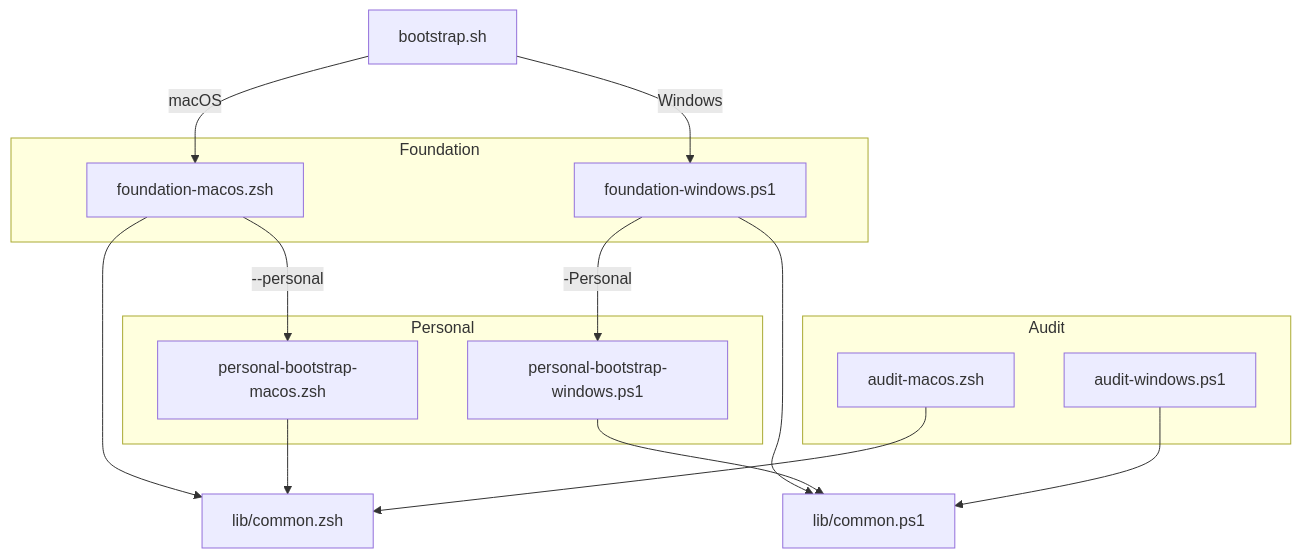
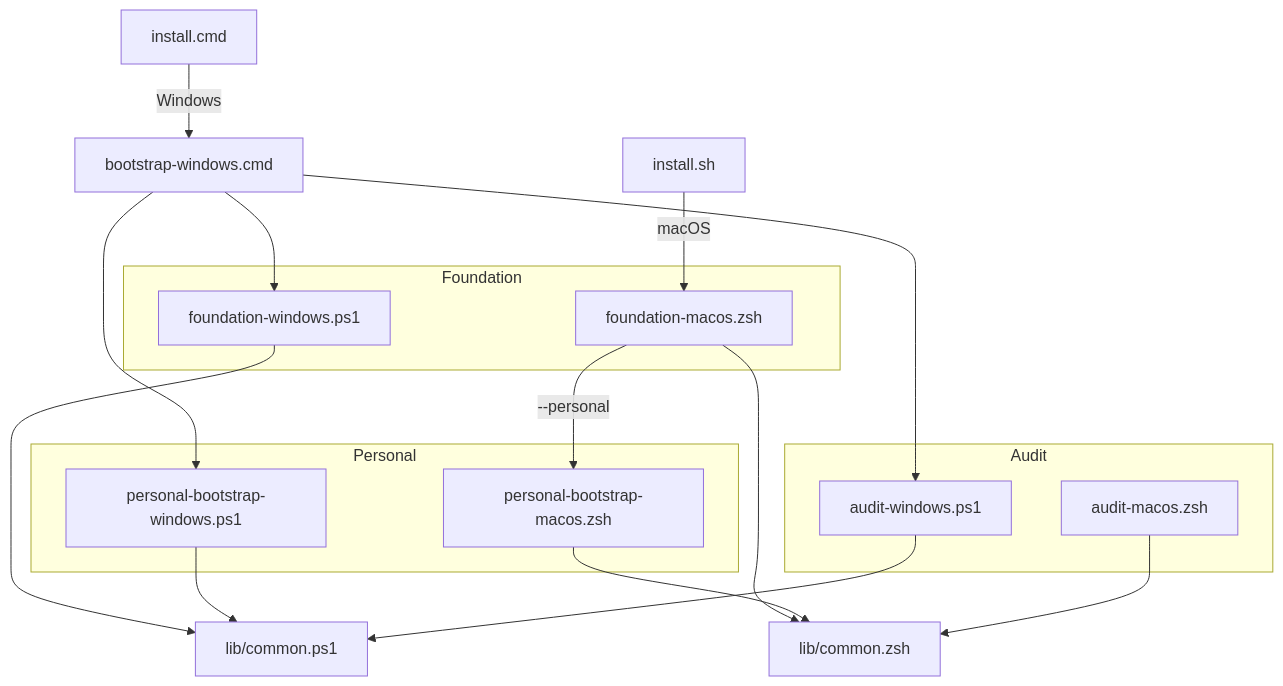
One commit to benjaminwestern/dotfiles changed the diagram in README.md. Above: the diagram before and after it, drawn with Mermaid. The commit also changed other lines of this file and 12 other files, not shown here.

Commit message:
Split public install loaders and harden Windows bootstrap

````diff
--- a/README.md
+++ b/README.md
@@ -213,32 +212,34 @@
 ```mermaid
 flowchart TD
-    A["bootstrap.sh"] -->|macOS| B["foundation-macos.zsh"]
-    A -->|Windows| C["foundation-windows.ps1"]
+    A["install.sh"] -->|macOS| B["foundation-macos.zsh"]
+    J["install.cmd"] -->|Windows| K["bootstrap-windows.cmd"]
+    K --> C["foundation-windows.ps1"]
+    K --> I["audit-windows.ps1"]
+    K --> G["personal-bootstrap-windows.ps1"]
 
     B --> D["lib/common.zsh"]
     C --> E["lib/common.ps1"]
 
     B -->|"--personal"| F["personal-bootstrap-macos.zsh"]
-    C -->|"-Personal"| G["personal-bootstrap-windows.ps1"]
 
     F --> D
     G --> E
 
     H["audit-macos.zsh"] --> D
     I["audit-windows.ps1"] --> E
 
     subgraph Foundation
         B
         C
     end
 
     subgraph Personal
         F
         G
     end
 
     subgraph Audit
         H
         I
     end
 ```
````
